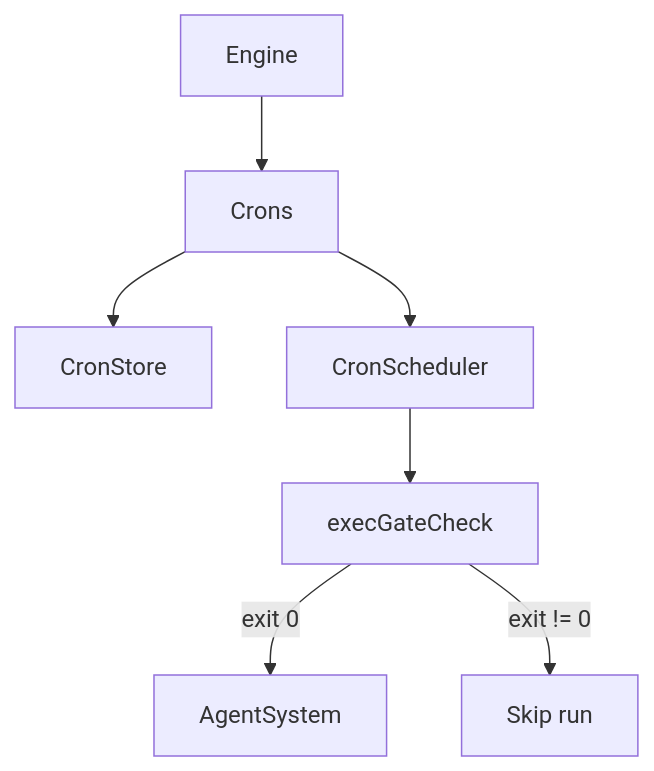
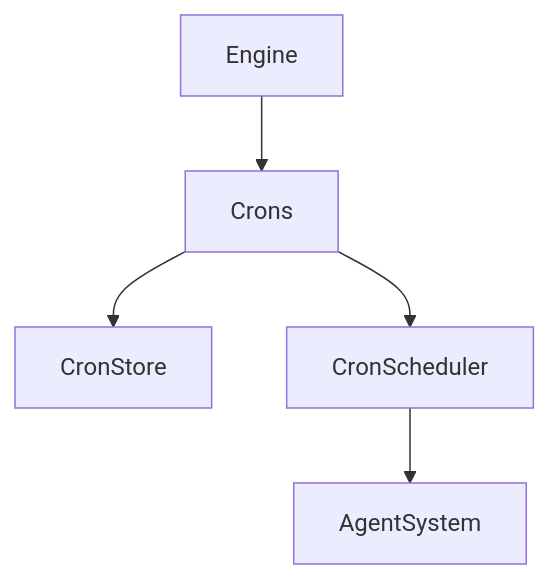
Before and after one commit to ex3ndr/daycare: the diagram in doc/concepts/cron.md, drawn with Mermaid. The commit also changed other lines of this file and 51 other files, not shown here.

````diff
--- a/doc/concepts/cron.md
+++ b/doc/concepts/cron.md
@@ -49,9 +44,7 @@
 ```mermaid
 flowchart TD
   Engine --> Crons
   Crons --> Store[CronStore]
   Crons --> Scheduler[CronScheduler]
-  Scheduler --> Gate[execGateCheck]
-  Gate -->|exit 0| AgentSystem
-  Gate -->|exit != 0| Skip[Skip run]
+  Scheduler --> AgentSystem
 ```
````
